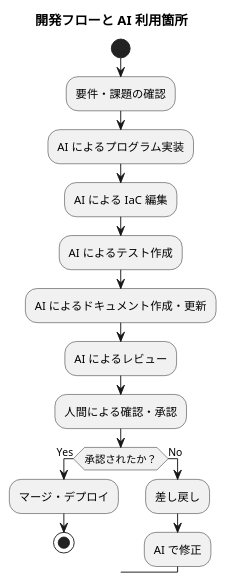
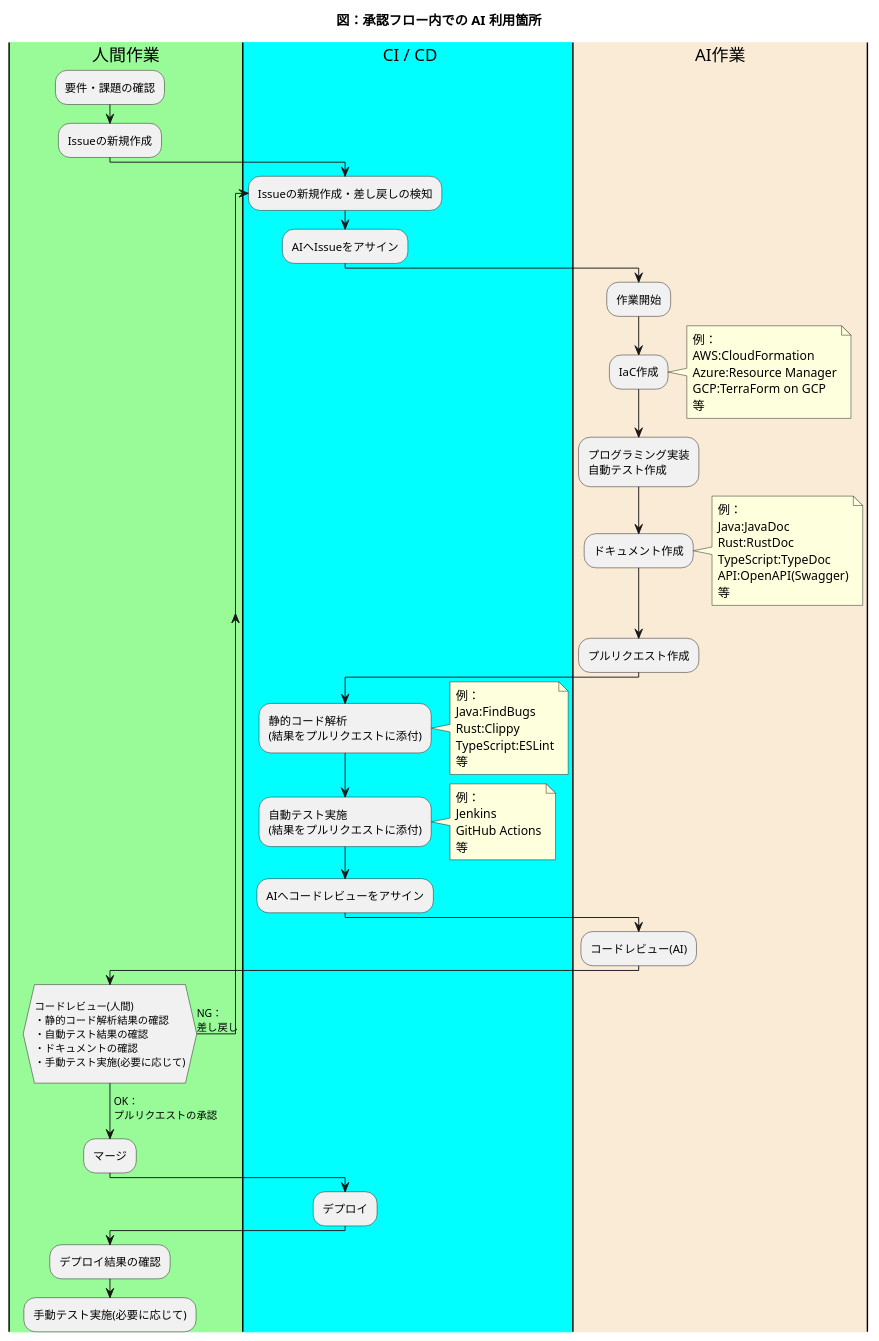
Before and after one commit to nishidemasami/nishidemasami.github.io-contactform: the diagram in docs/ai_development.md, drawn with PlantUML. The commit also changed 3 other files, not shown here.

Commit message:
feat: add .gitignore, update AI development flow, and enhance website styles

````diff
--- a/docs/ai_development.md
+++ b/docs/ai_development.md
@@ -13,26 +13,44 @@
 ```plantuml
 @startuml
 skinparam backgroundColor transparent
-skinparam defaultFontname Meiryo
+''skinparam defaultFontname Meiryo
 skinparam componentStyle rectangle
 
-title 開発フローと AI 利用箇所
+title 図：承認フロー内での AI 利用箇所
 
-start
+|#palegreen|人間作業|
+
 :要件・課題の確認;
-:AI によるプログラム実装;
-:AI による IaC 編集;
-:AI によるテスト作成;
-:AI によるドキュメント作成・更新;
-:AI によるレビュー;
-:人間による確認・承認;
-if (承認されたか？) then (Yes)
-  :マージ・デプロイ;
-  stop
-else (No)
-  :差し戻し;
-  :AI で修正;
-  -> :人間による確認・承認;
-endif
+:Issueの新規作成;
+
+|#aqua|CICD| CI / CD
+repeat :Issueの新規作成・差し戻しの検知;
+:AIへIssueをアサイン;
+
+|#AntiqueWhite|AI作業|
+:作業開始;
+:IaC作成;
+note right: 例：\nAWS:CloudFormation\nAzure:Resource Manager\nGCP:TerraForm on GCP\n等
+:プログラミング実装\n自動テスト作成;
+:ドキュメント作成;
+note right: 例：\nJava:JavaDoc\nRust:RustDoc\nTypeScript:TypeDoc\nAPI:OpenAPI(Swagger)\n等
+:プルリクエスト作成;
+|CICD|
+:静的コード解析\n(結果をプルリクエストに添付);
+note right: 例：\nJava:FindBugs\nRust:Clippy\nTypeScript:ESLint\n等
+:自動テスト実施\n(結果をプルリクエストに添付);
+note right: 例：\nJenkins\nGitHub Actions\n等
+:AIへコードレビューをアサイン;
+|AI作業|
+:コードレビュー(AI);
+|人間作業|
+repeatwhile (\nコードレビュー(人間)\n・静的コード解析結果の確認\n・自動テスト結果の確認\n・ドキュメントの確認\n・手動テスト実施(必要に応じて)\n) is (NG：\n差し戻し)
+-> OK：\nプルリクエストの承認;
+:マージ;
+|CICD|
+:デプロイ;
+|人間作業|
+:デプロイ結果の確認;
+:手動テスト実施(必要に応じて);
 @enduml
 ```
````
